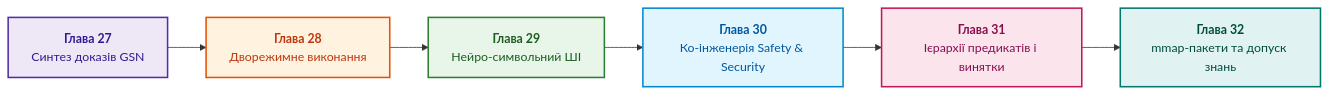
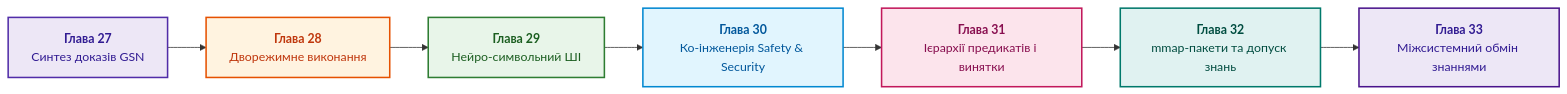
One commit to nick-fedchik/articles changed the diagram in ExpertSystem/part-06-frontiers-neuro-symbolic.md. Above: the diagram before and after it, drawn with Mermaid. The commit also changed other lines of this file and 6 other files, not shown here.

````diff
--- a/ExpertSystem/part-06-frontiers-neuro-symbolic.md
+++ b/ExpertSystem/part-06-frontiers-neuro-symbolic.md
@@ -22,25 +22,28 @@
 ```mermaid
 flowchart LR
     accTitle: Кульмінація технологій у Частині VI
     accDescr: Від синтезу сертифікаційних доказів GSN через дворежимне виконання та нейро-символьний ШІ до ко-інженерії, силогістичного рушія та бінарних mmap-пакетів.
 
     GSN["<b>Глава 27</b><br/>Синтез доказів GSN"] --> DUAL["<b>Глава 28</b><br/>Дворежимне виконання"]
     DUAL --> NESY["<b>Глава 29</b><br/>Нейро-символьний ШІ"]
     NESY --> COENG["<b>Глава 30</b><br/>Ко-інженерія Safety & Security"]
     COENG --> SYLLOG["<b>Глава 31</b><br/>Ієрархії предикатів і винятки"]
     SYLLOG --> MMAP["<b>Глава 32</b><br/>mmap-пакети та допуск знань"]
+    MMAP --> XCHG["<b>Глава 33</b><br/>Міжсистемний обмін знаннями"]
 
     classDef gsn fill:#ede7f6,stroke:#512da8,stroke-width:2px,color:#311b92;
     classDef dual fill:#fff3e0,stroke:#e65100,stroke-width:2px,color:#bf360c;
     classDef nesy fill:#e8f5e9,stroke:#2e7d32,stroke-width:2px,color:#1b5e20;
     classDef coeng fill:#e1f5fe,stroke:#0288d1,stroke-width:2px,color:#01579b;
     classDef syllog fill:#fce4ec,stroke:#c2185b,stroke-width:2px,color:#880e4f;
     classDef mmap fill:#e0f2f1,stroke:#00796b,stroke-width:2px,color:#004d40;
+    classDef xchg fill:#ede7f6,stroke:#4a148c,stroke-width:2px,color:#311b92;
 
     class GSN gsn;
     class DUAL dual;
     class NESY nesy;
     class COENG coeng;
     class SYLLOG syllog;
     class MMAP mmap;
+    class XCHG xchg;
 ```
````
